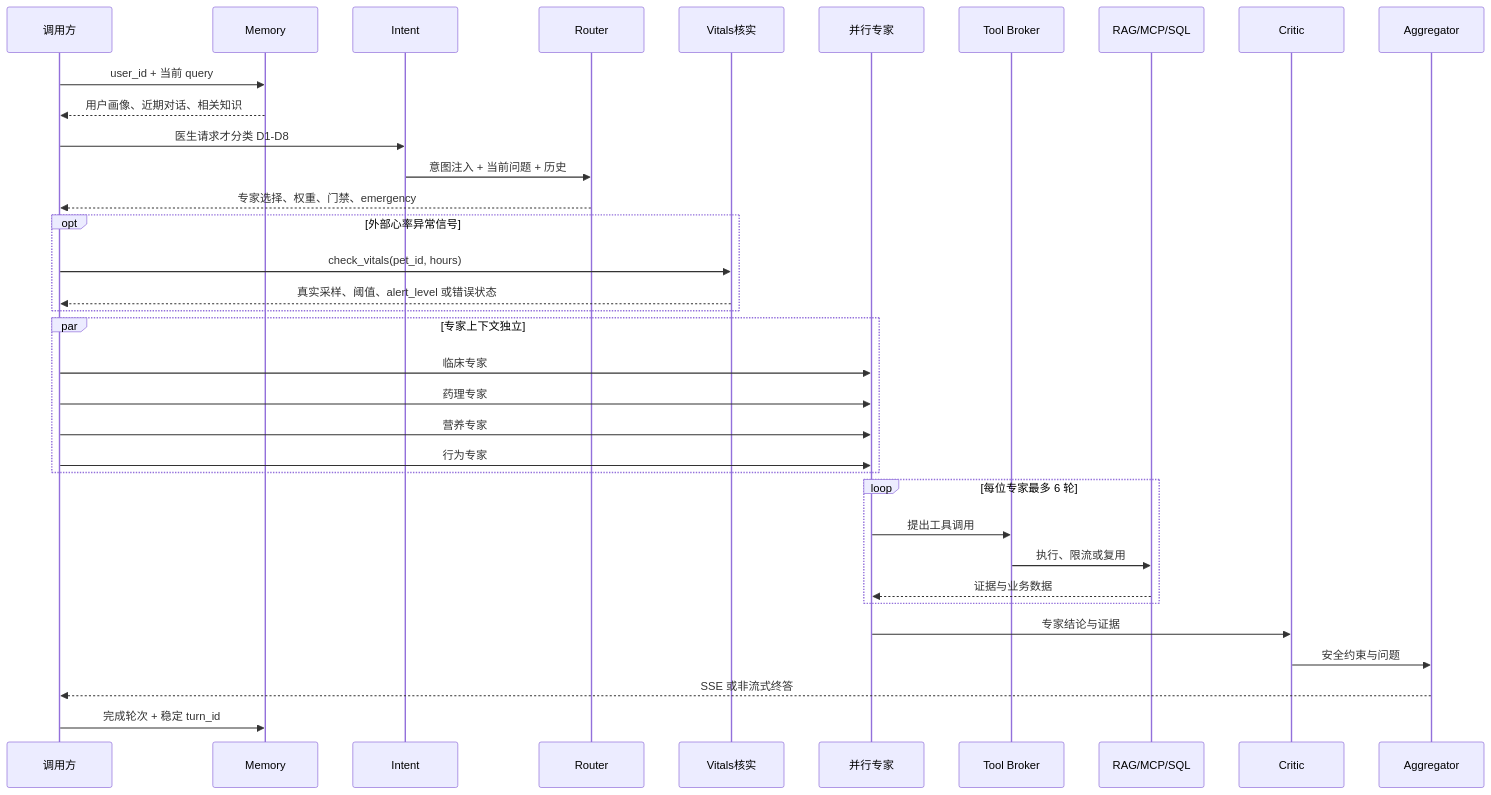
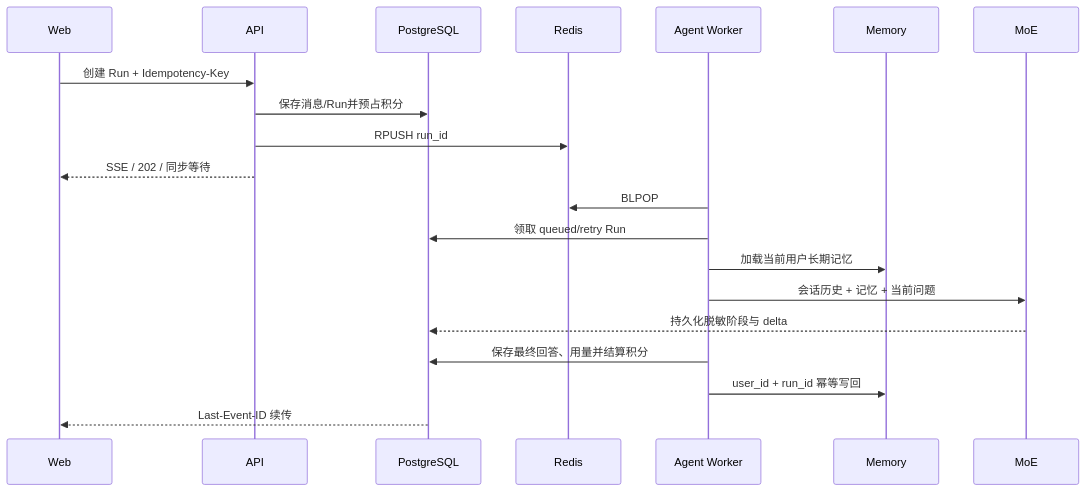
Before and after one commit to GeorgeGuo1215/Animal_detection2: the second of 2 diagrams in agentAndRag/agent.md, drawn with Mermaid. The commit also changed other lines of this file and 73 other files, not shown here.

Commit message:
feat(platform): add production veterinary agent web stack

````diff
--- a/agentAndRag/agent.md
+++ b/agentAndRag/agent.md
@@ -250,38 +191,23 @@
 ```mermaid
 sequenceDiagram
-    participant U as 调用方
+    participant U as Web
+    participant A as API
+    participant P as PostgreSQL
+    participant R as Redis
+    participant W as Agent Worker
     participant M as Memory
-    participant I as Intent
-    participant R as Router
-    participant V as Vitals核实
-    participant E as 并行专家
-    participant B as Tool Broker
-    participant T as RAG/MCP/SQL
-    participant C as Critic
-    participant A as Aggregator
+    participant O as MoE
 
-    U->>M: user_id + 当前 query
-    M-->>U: 用户画像、近期对话、相关知识
-    U->>I: 医生请求才分类 D1-D8
-    I->>R: 意图注入 + 当前问题 + 历史
-    R-->>U: 专家选择、权重、门禁、emergency
-    opt 外部心率异常信号
-        U->>V: check_vitals(pet_id, hours)
-        V-->>U: 真实采样、阈值、alert_level 或错误状态
-    end
-    par 专家上下文独立
-        U->>E: 临床专家
-        U->>E: 药理专家
-        U->>E: 营养专家
-        U->>E: 行为专家
-    end
-    loop 每位专家最多 6 轮
-        E->>B: 提出工具调用
-        B->>T: 执行、限流或复用
-        T-->>E: 证据与业务数据
-    end
-    E->>C: 专家结论与证据
-    C->>A: 安全约束与问题
-    A-->>U: SSE 或非流式终答
-    U->>M: 完成轮次 + 稳定 turn_id
+    U->>A: 创建 Run + Idempotency-Key
+    A->>P: 保存消息/Run并预占积分
+    A->>R: RPUSH run_id
+    A-->>U: SSE / 202 / 同步等待
+    W->>R: BLPOP
+    W->>P: 领取 queued/retry Run
+    W->>M: 加载当前用户长期记忆
+    W->>O: 会话历史 + 记忆 + 当前问题
+    O-->>P: 持久化脱敏阶段与 delta
+    W->>P: 保存最终回答、用量并结算积分
+    W->>M: user_id + run_id 幂等写回
+    P-->>U: Last-Event-ID 续传
 ```
````
